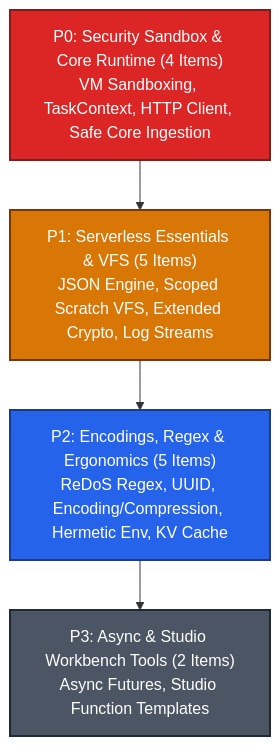
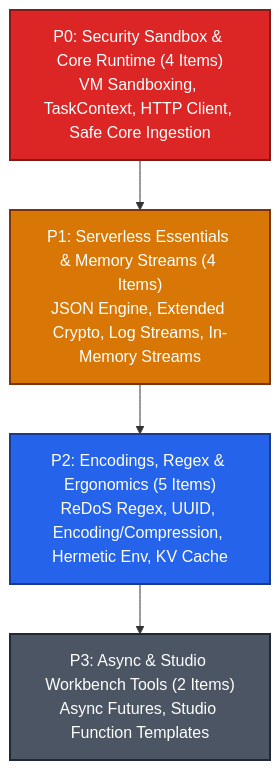
One commit to Jehudme/legatus changed the second of 2 diagrams in docs/dev/milestones/006-worker-sandboxed-standard-library.md. Above: the diagram before and after it, drawn with Mermaid. The commit also changed other lines of this file and 5 other files, not shown here.

````diff
--- a/docs/dev/milestones/006-worker-sandboxed-standard-library.md
+++ b/docs/dev/milestones/006-worker-sandboxed-standard-library.md
@@ -142,14 +142,14 @@
 ```mermaid
 graph TD
     classDef p0 fill:#dc2626,stroke:#7f1d1d,color:#ffffff,stroke-width:2px;
     classDef p1 fill:#d97706,stroke:#78350f,color:#ffffff,stroke-width:2px;
     classDef p2 fill:#2563eb,stroke:#1e3a8a,color:#ffffff,stroke-width:2px;
     classDef p3 fill:#4b5563,stroke:#1f2937,color:#ffffff,stroke-width:2px;
 
     P0["P0: Security Sandbox & Core Runtime (4 Items)<br>VM Sandboxing, TaskContext, HTTP Client, Safe Core Ingestion"]:::p0
-    P1["P1: Serverless Essentials & VFS (5 Items)<br>JSON Engine, Scoped Scratch VFS, Extended Crypto, Log Streams"]:::p1
+    P1["P1: Serverless Essentials & Memory Streams (4 Items)<br>JSON Engine, Extended Crypto, Log Streams, In-Memory Streams"]:::p1
     P2["P2: Encodings, Regex & Ergonomics (5 Items)<br>ReDoS Regex, UUID, Encoding/Compression, Hermetic Env, KV Cache"]:::p2
     P3["P3: Async & Studio Workbench Tools (2 Items)<br>Async Futures, Studio Function Templates"]:::p3
 
     P0 --> P1 --> P2 --> P3
 ```
````
